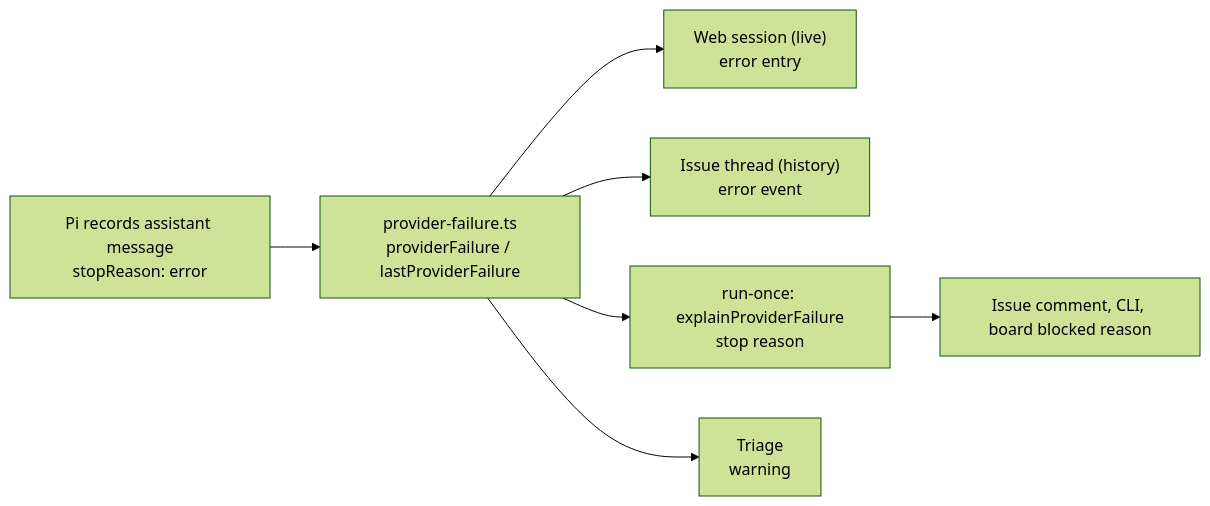
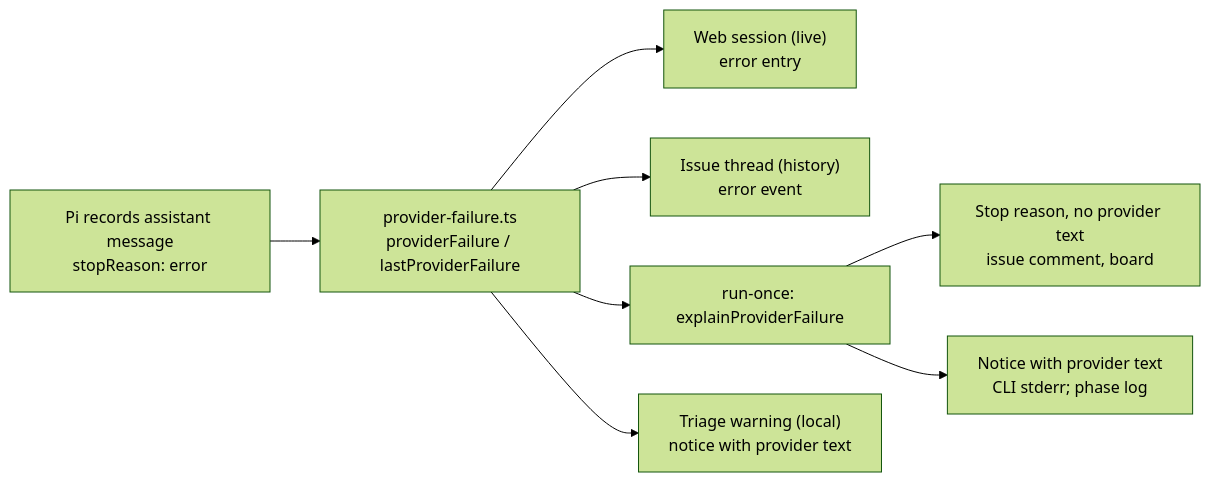
Before and after one commit to rochecompaan/patchmill: the diagram in docs/specs/2026-11-23-issue-417-surface-expired-authentication-tokens-instead-of-design.md, drawn with Mermaid (forest theme). The commit also changed other lines of this file and 2 other files, not shown here.

````diff
--- a/docs/specs/2026-11-23-issue-417-surface-expired-authentication-tokens-instead-of-design.md
+++ b/docs/specs/2026-11-23-issue-417-surface-expired-authentication-tokens-instead-of-design.md
@@ -297,9 +334,10 @@
 ```mermaid
 flowchart LR
   PI["Pi records assistant message<br/>stopReason: error"] --> PF["provider-failure.ts<br/>providerFailure / lastProviderFailure"]
   PF --> WS["Web session (live)<br/>error entry"]
   PF --> TH["Issue thread (history)<br/>error event"]
-  PF --> VO["run-once: explainProviderFailure<br/>stop reason"]
-  PF --> TR["Triage<br/>warning"]
-  VO --> OUT["Issue comment, CLI, board blocked reason"]
+  PF --> VO["run-once: explainProviderFailure"]
+  VO --> PUB["Stop reason, no provider text<br/>issue comment, board"]
+  VO --> LOC["Notice with provider text<br/>CLI stderr; phase log"]
+  PF --> TR["Triage warning (local)<br/>notice with provider text"]
 ```
````
